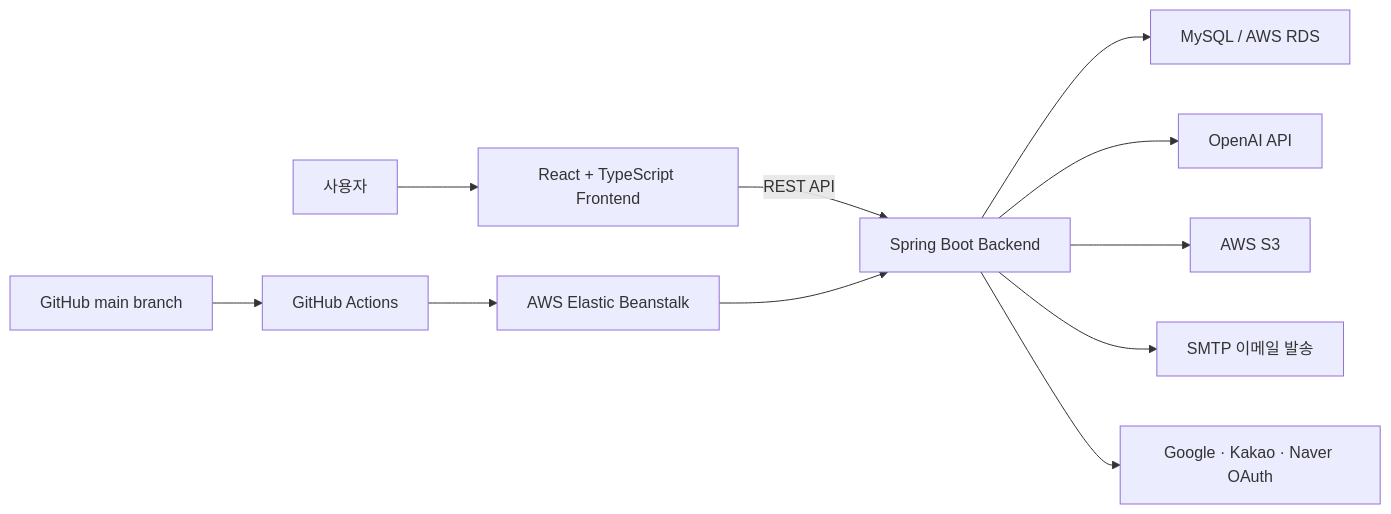
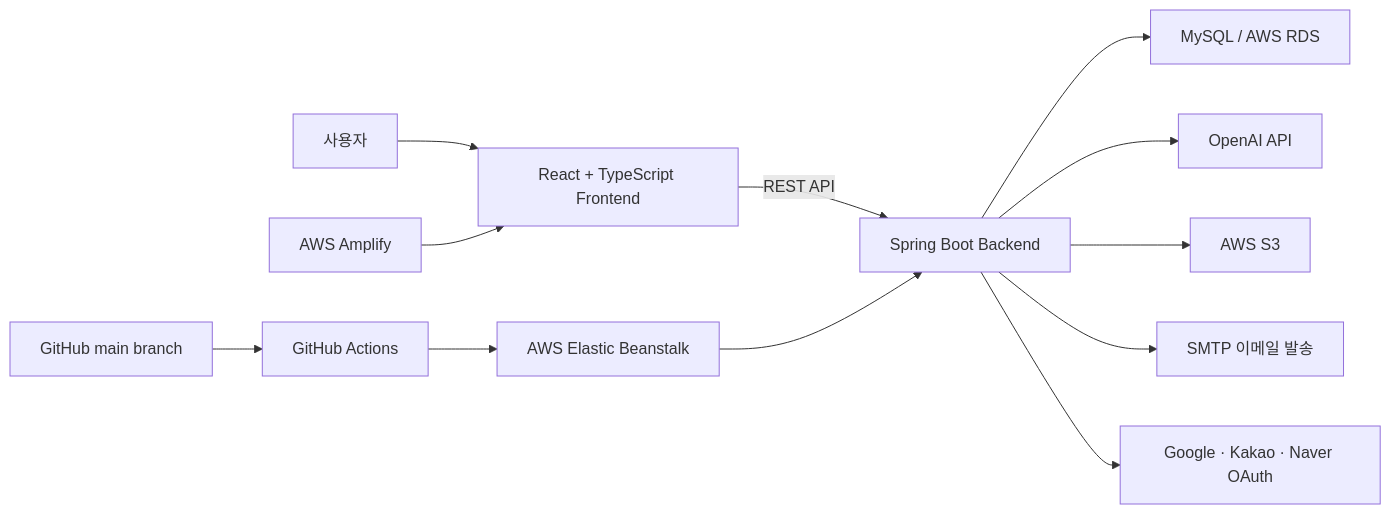
The second of 5 diagrams in README.md (junyeong2107/weather-of-the-heart-portfolio), drawn with Mermaid before and after one commit. The commit also changed other lines of this file and 3 other files, not shown here.

````diff
--- a/README.md
+++ b/README.md
@@ -112,15 +112,16 @@
 ```mermaid
 flowchart LR
     User["사용자"] --> Frontend["React + TypeScript Frontend"]
     Frontend -->|"REST API"| Backend["Spring Boot Backend"]
 
     Backend --> Database["MySQL / AWS RDS"]
     Backend --> OpenAI["OpenAI API"]
     Backend --> S3["AWS S3"]
     Backend --> Mail["SMTP 이메일 발송"]
     Backend --> OAuth["Google · Kakao · Naver OAuth"]
 
+    Amplify["AWS Amplify"] --> Frontend
     GitHub["GitHub main branch"] --> Actions["GitHub Actions"]
     Actions --> EB["AWS Elastic Beanstalk"]
     EB --> Backend
 ```
````
